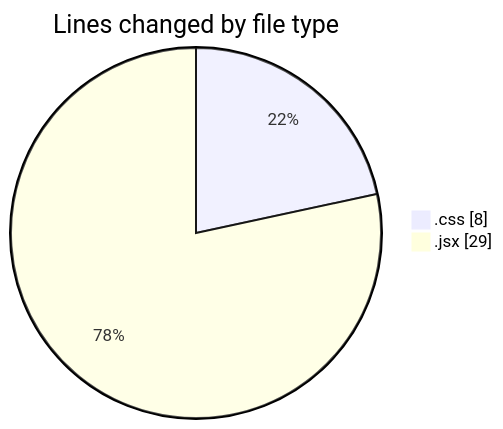
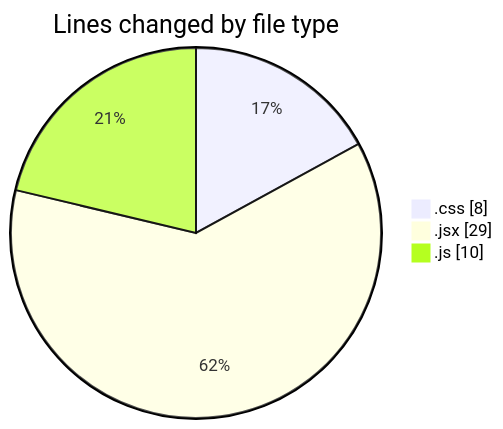
One commit to Elitesun/code-tracking changed the first of 2 diagrams in 2025-02-05/react/README.md. Above: the diagram before and after it, drawn with Mermaid. The commit also changed other lines of this file and 1 other file, not shown here.

````diff
--- a/2025-02-05/react/README.md
+++ b/2025-02-05/react/README.md
@@ -21,6 +22,7 @@
 ```mermaid
 pie showData
 title Lines changed by file type
 ".css" : 8
 ".jsx" : 29
+".js" : 10
 ```
````
